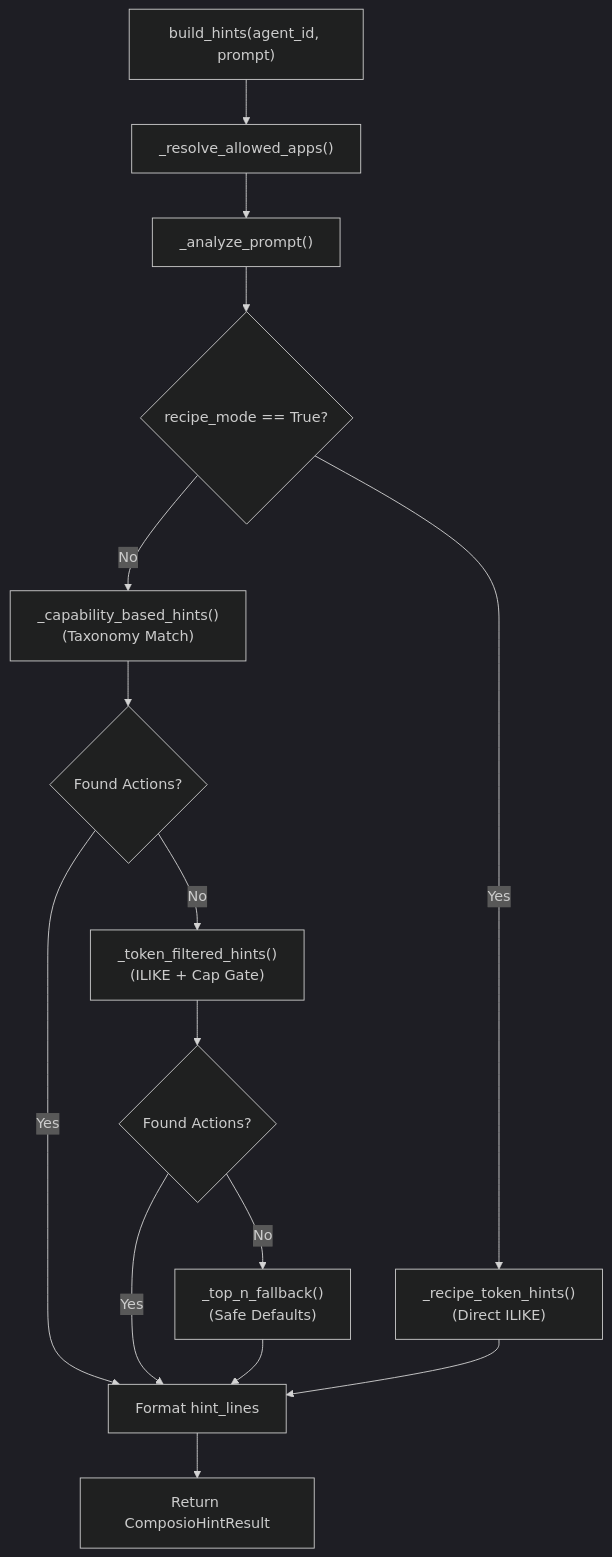
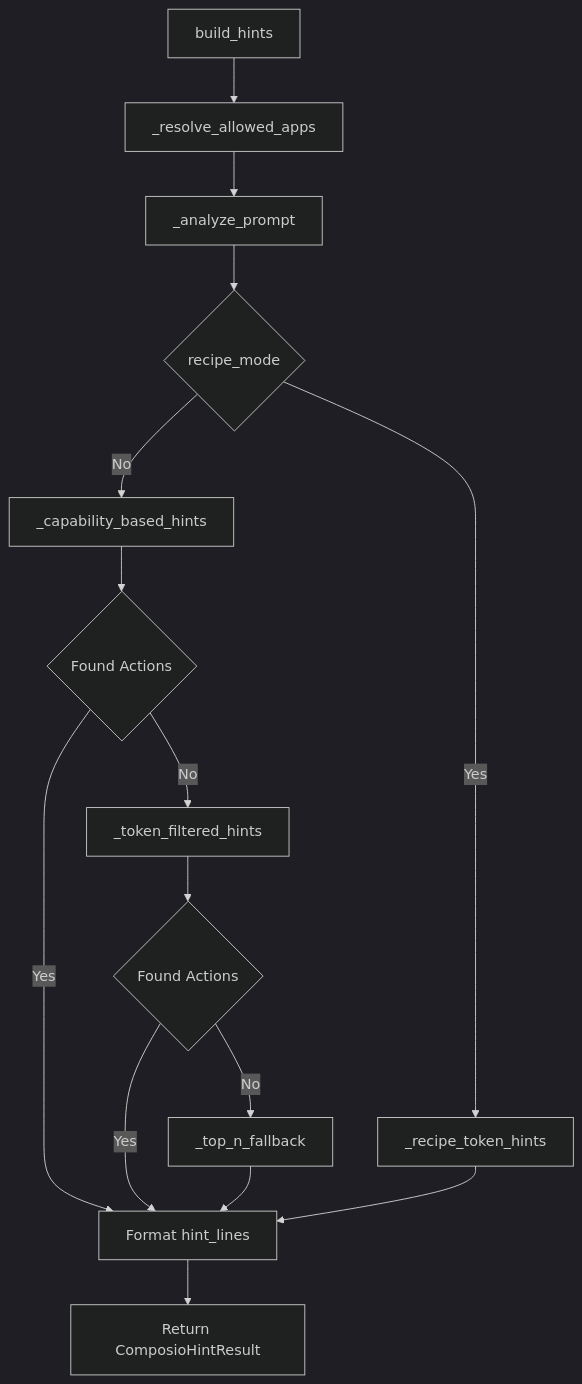
One commit to AutomatosAI/automatos-ai changed the second of 2 diagrams in docs/tools-integrations/tool-hint-service.md. Above: the diagram before and after it, drawn with Mermaid (dark theme). The commit also changed other lines of this file and 191 other files, not shown here.

````diff
--- a/docs/tools-integrations/tool-hint-service.md
+++ b/docs/tools-integrations/tool-hint-service.md
@@ -141,22 +146,22 @@
 ```mermaid
 graph TD
-    Start["build_hints(agent_id, prompt)"] --> ResolveApps["_resolve_allowed_apps()"]
-    ResolveApps --> Analyze["_analyze_prompt()"]
+    Start["build_hints"] --> ResolveApps["_resolve_allowed_apps"]
+    ResolveApps --> Analyze["_analyze_prompt"]
     
-    Analyze --> IsRecipe{recipe_mode == True?}
+    Analyze --> IsRecipe{"recipe_mode"}
     
-    IsRecipe -->|Yes| TierRecipe["_recipe_token_hints()<br/>(Direct ILIKE)"]
-    IsRecipe -->|No| Tier1["_capability_based_hints()<br/>(Taxonomy Match)"]
+    IsRecipe -->|Yes| TierRecipe["_recipe_token_hints"]
+    IsRecipe -->|No| Tier1["_capability_based_hints"]
     
-    Tier1 --> Match1{Found Actions?}
-    Match1 -->|No| Tier2["_token_filtered_hints()<br/>(ILIKE + Cap Gate)"]
+    Tier1 --> Match1{"Found Actions"}
+    Match1 -->|No| Tier2["_token_filtered_hints"]
     Match1 -->|Yes| Format["Format hint_lines"]
     
-    Tier2 --> Match2{Found Actions?}
-    Match2 -->|No| Tier3["_top_n_fallback()<br/>(Safe Defaults)"]
+    Tier2 --> Match2{"Found Actions"}
+    Match2 -->|No| Tier3["_top_n_fallback"]
     Match2 -->|Yes| Format
     
     Tier3 --> Format
     TierRecipe --> Format
     Format --> End["Return ComposioHintResult"]
 ```
````
